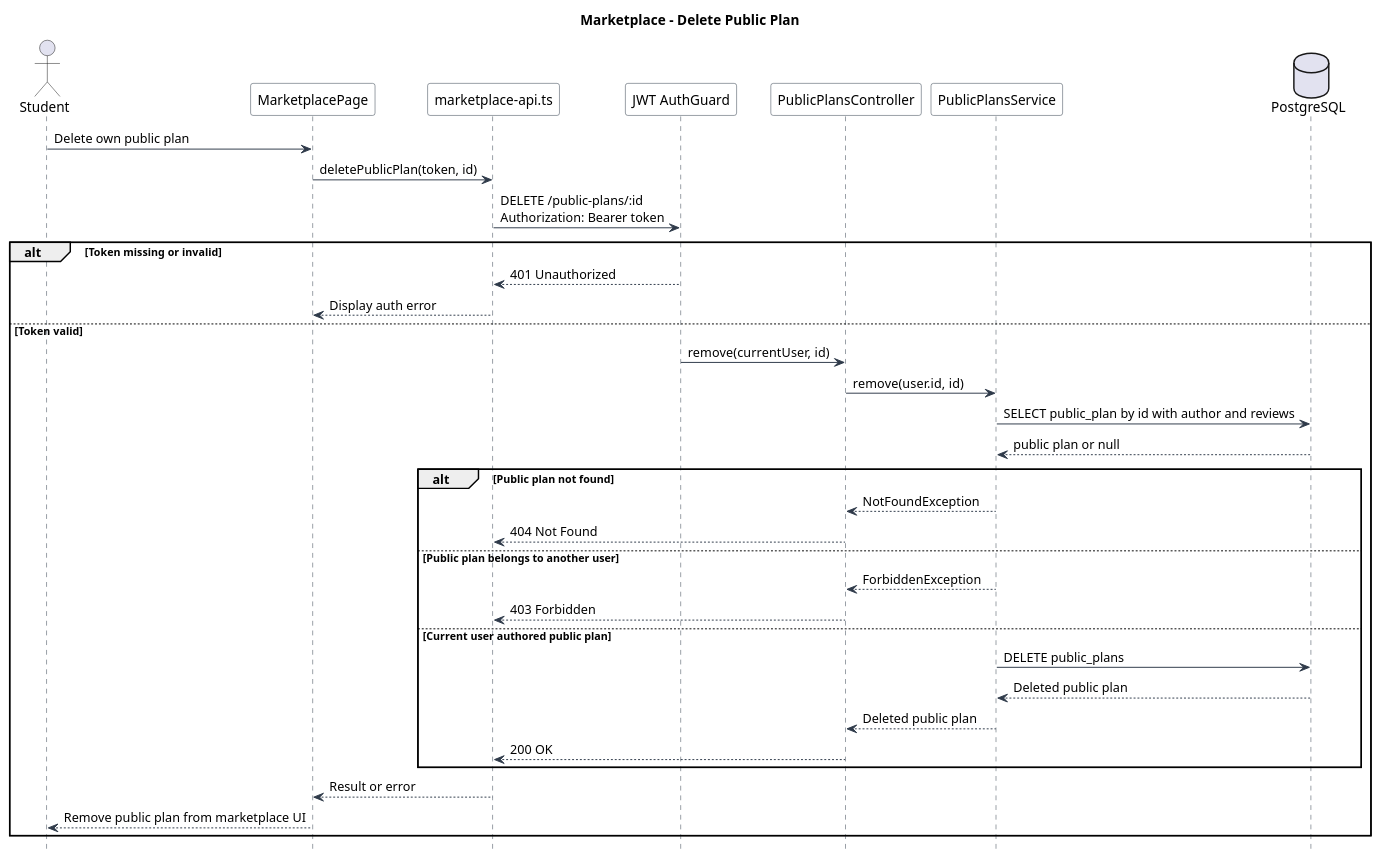
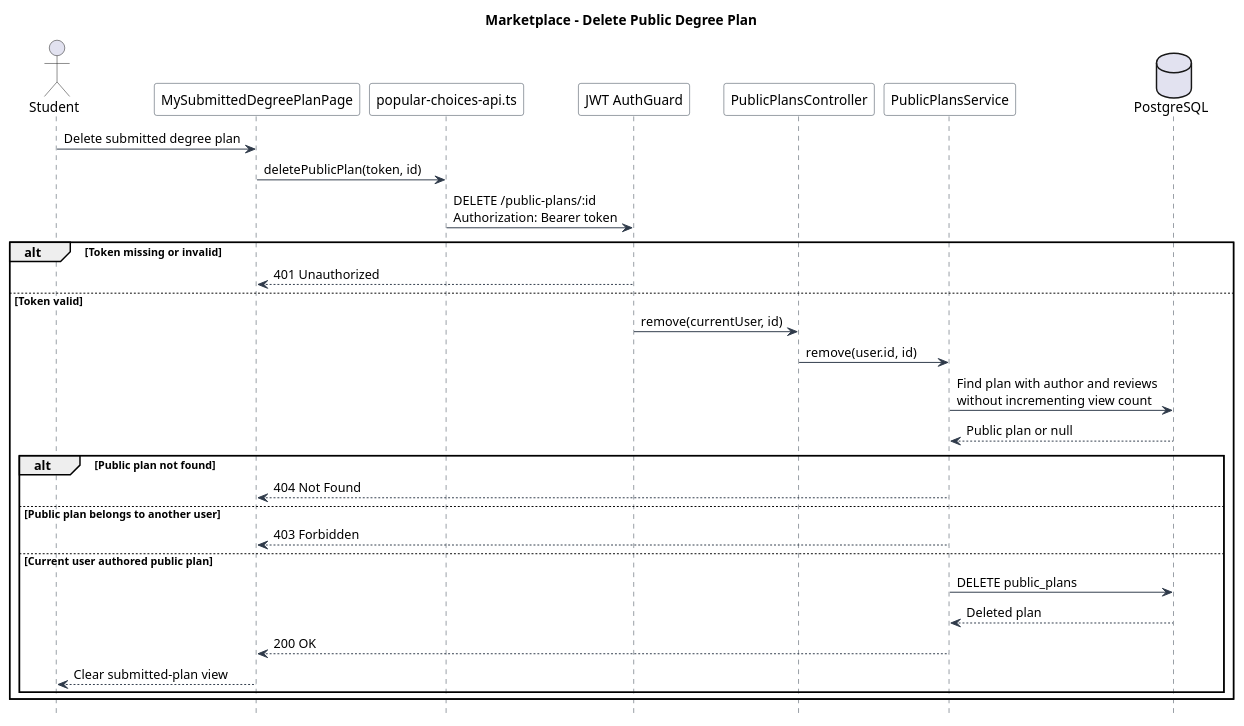
Before and after one commit to Shum-ster/nusmodumind: the diagram in diagrams/sequences/14_marketplace_delete_public_plan.wsd, drawn with PlantUML. The commit also changed 11 other files, not shown here.

Commit message:
Updated sequence diagrams and erd

```diff
--- a/diagrams/sequences/14_marketplace_delete_public_plan.wsd
+++ b/diagrams/sequences/14_marketplace_delete_public_plan.wsd
@@ -1,52 +1,46 @@
 @startuml Marketplace_Delete_Public_Plan_Sequence
 
-title Marketplace - Delete Public Plan
+title Marketplace - Delete Public Degree Plan
 
 hide footbox
 skinparam shadowing false
 skinparam sequence {
     ArrowColor #2F3A4A
     LifeLineBorderColor #2F3A4A
     ParticipantBorderColor #2F3A4A
     ParticipantBackgroundColor #FFFFFF
 }
 
 actor Student
-participant "MarketplacePage" as MarketplacePage
-participant "marketplace-api.ts" as MarketplaceApi
+participant "MySubmittedDegreePlanPage" as SubmittedPlanPage
+participant "popular-choices-api.ts" as PopularChoicesApi
 participant "JWT AuthGuard" as JwtGuard
 participant "PublicPlansController" as PublicPlansController
 participant "PublicPlansService" as PublicPlansService
 database "PostgreSQL" as DB
 
-Student -> MarketplacePage : Delete own public plan
-MarketplacePage -> MarketplaceApi : deletePublicPlan(token, id)
-MarketplaceApi -> JwtGuard : DELETE /public-plans/:id\nAuthorization: Bearer token
+Student -> SubmittedPlanPage : Delete submitted degree plan
+SubmittedPlanPage -> PopularChoicesApi : deletePublicPlan(token, id)
+PopularChoicesApi -> JwtGuard : DELETE /public-plans/:id\nAuthorization: Bearer token
 
 alt Token missing or invalid
-    JwtGuard --> MarketplaceApi : 401 Unauthorized
-    MarketplaceApi --> MarketplacePage : Display auth error
+    JwtGuard --> SubmittedPlanPage : 401 Unauthorized
 else Token valid
     JwtGuard -> PublicPlansController : remove(currentUser, id)
     PublicPlansController -> PublicPlansService : remove(user.id, id)
-    PublicPlansService -> DB : SELECT public_plan by id with author and reviews
-    DB --> PublicPlansService : public plan or null
+    PublicPlansService -> DB : Find plan with author and reviews\nwithout incrementing view count
+    DB --> PublicPlansService : Public plan or null
 
     alt Public plan not found
-        PublicPlansService --> PublicPlansController : NotFoundException
-        PublicPlansController --> MarketplaceApi : 404 Not Found
+        PublicPlansService --> SubmittedPlanPage : 404 Not Found
     else Public plan belongs to another user
-        PublicPlansService --> PublicPlansController : ForbiddenException
-        PublicPlansController --> MarketplaceApi : 403 Forbidden
+        PublicPlansService --> SubmittedPlanPage : 403 Forbidden
     else Current user authored public plan
         PublicPlansService -> DB : DELETE public_plans
-        DB --> PublicPlansService : Deleted public plan
-        PublicPlansService --> PublicPlansController : Deleted public plan
-        PublicPlansController --> MarketplaceApi : 200 OK
+        DB --> PublicPlansService : Deleted plan
+        PublicPlansService --> SubmittedPlanPage : 200 OK
+        SubmittedPlanPage --> Student : Clear submitted-plan view
     end
-
-    MarketplaceApi --> MarketplacePage : Result or error
-    MarketplacePage --> Student : Remove public plan from marketplace UI
 end
 
 @enduml
```
